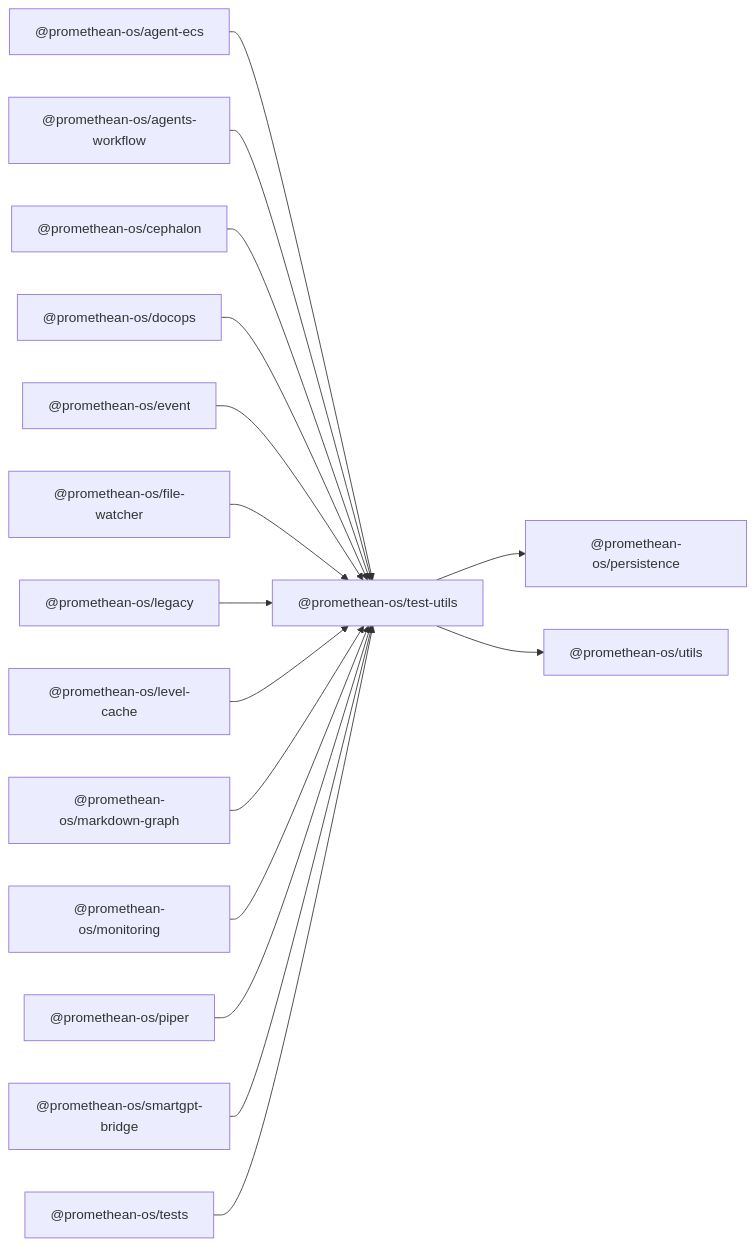
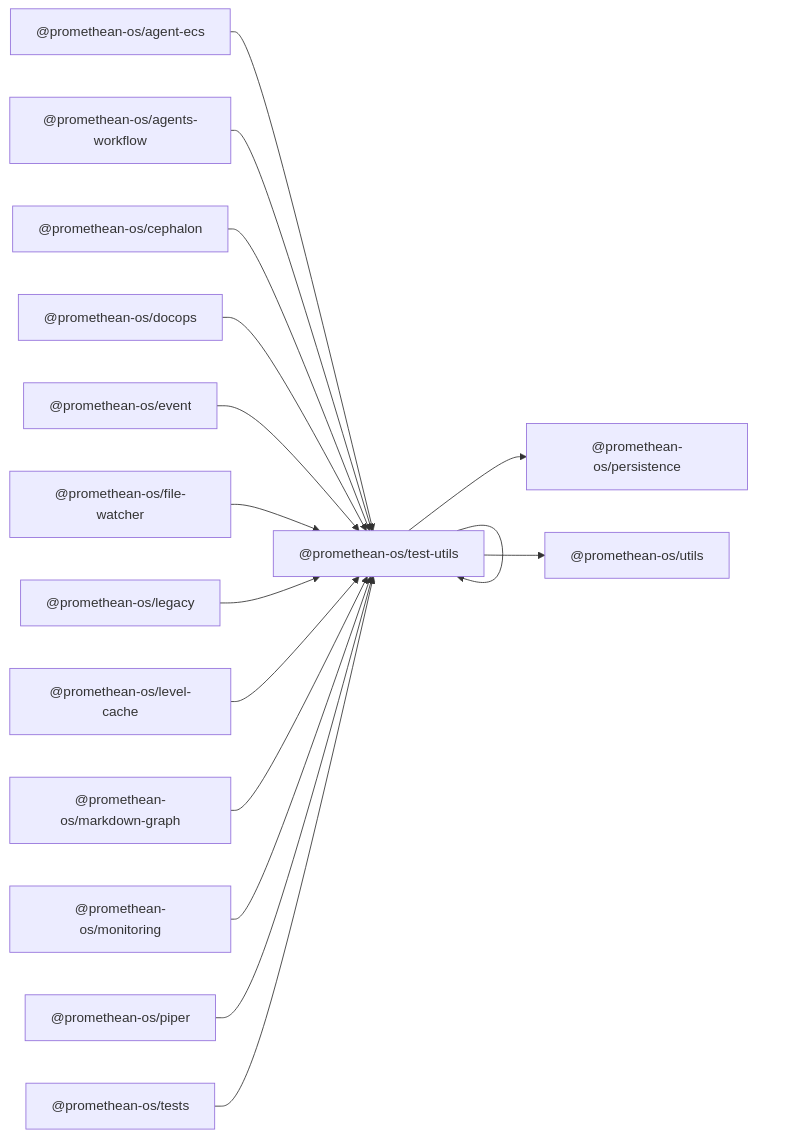
The diagram in docs.github/packages/test-utils/README.md (octave-commons/promethean), drawn with Mermaid before and after one commit. The commit also changed other lines of this file and 8 other files, not shown here.

First line of the commit message:
docs: remove smartgpt-bridge references from package READMEs

````diff
--- a/docs.github/packages/test-utils/README.md
+++ b/docs.github/packages/test-utils/README.md
@@ -14,49 +14,49 @@
 ```mermaid
 graph LR
   A["@promethean-os/test-utils"]
   D1["@promethean-os/persistence"]
   D2["@promethean-os/utils"]
   R1["@promethean-os/agent-ecs"]
   R2["@promethean-os/agents-workflow"]
   R3["@promethean-os/cephalon"]
   R4["@promethean-os/docops"]
   R5["@promethean-os/event"]
   R6["@promethean-os/file-watcher"]
   R7["@promethean-os/legacy"]
   R8["@promethean-os/level-cache"]
   R9["@promethean-os/markdown-graph"]
   R10["@promethean-os/monitoring"]
   R11["@promethean-os/piper"]
-  R12["@promethean-os/smartgpt-bridge"]
+  
   R13["@promethean-os/tests"]
   A --> D1["@promethean-os/persistence"]
   A --> D2["@promethean-os/utils"]
   R1["@promethean-os/agent-ecs"] --> A
   R2["@promethean-os/agents-workflow"] --> A
   R3["@promethean-os/cephalon"] --> A
   R4["@promethean-os/docops"] --> A
   R5["@promethean-os/event"] --> A
   R6["@promethean-os/file-watcher"] --> A
   R7["@promethean-os/legacy"] --> A
   R8["@promethean-os/level-cache"] --> A
   R9["@promethean-os/markdown-graph"] --> A
   R10["@promethean-os/monitoring"] --> A
   R11["@promethean-os/piper"] --> A
-  R12["@promethean-os/smartgpt-bridge"] --> A
+   --> A
   R13["@promethean-os/tests"] --> A
   click D1 "../persistence/README.md" "@promethean-os/persistence"
   click D2 "../utils/README.md" "@promethean-os/utils"
   click R1 "../agent-ecs/README.md" "@promethean-os/agent-ecs"
   click R2 "../agents-workflow/README.md" "@promethean-os/agents-workflow"
   click R3 "../cephalon/README.md" "@promethean-os/cephalon"
   click R4 "../docops/README.md" "@promethean-os/docops"
   click R5 "../event/README.md" "@promethean-os/event"
   click R6 "../file-watcher/README.md" "@promethean-os/file-watcher"
   click R7 "../legacy/README.md" "@promethean-os/legacy"
   click R8 "../level-cache/README.md" "@promethean-os/level-cache"
   click R9 "../markdown-graph/README.md" "@promethean-os/markdown-graph"
   click R10 "../monitoring/README.md" "@promethean-os/monitoring"
   click R11 "../piper/README.md" "@promethean-os/piper"
-  click R12 "../smartgpt-bridge/README.md" "@promethean-os/smartgpt-bridge"
+  
   click R13 "../tests/README.md" "@promethean-os/tests"
 ```
````
